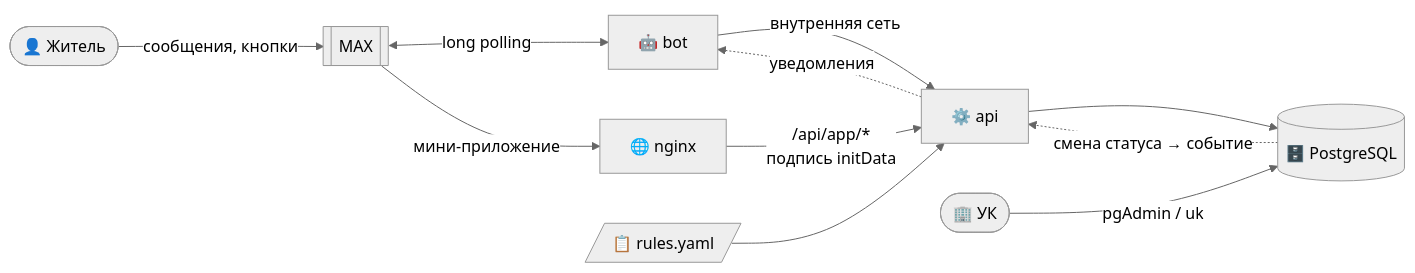
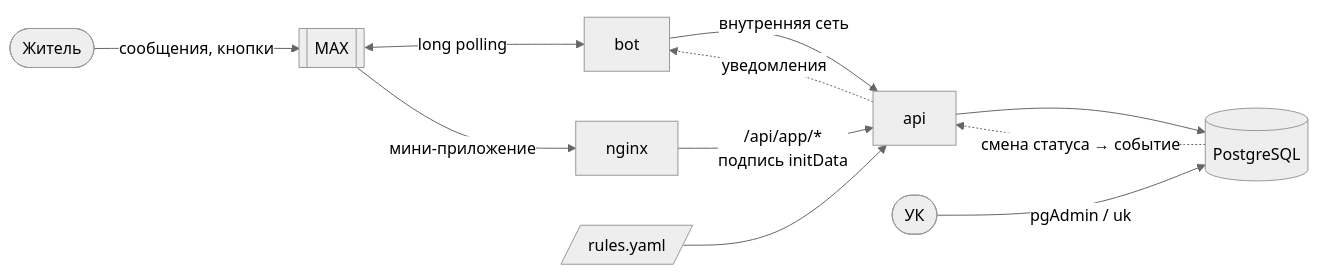
One commit to EEGRINO/magistral-dispatcher-max changed the diagram in README.md. Above: the diagram before and after it, drawn with Mermaid (neutral theme). The commit also changed other lines of this file, not shown here.

````diff
--- a/README.md
+++ b/README.md
@@ -239,13 +248,13 @@
 ```mermaid
 flowchart LR
-    R([👤 Житель]) -->|сообщения, кнопки| MAX[[MAX]]
-    MAX <-->|long polling| BOT[🤖 bot]
-    MAX -->|мини-приложение| NG[🌐 nginx]
-    NG -->|/api/app/*<br/>подпись initData| API[⚙️ api]
+    R([Житель]) -->|сообщения, кнопки| MAX[[MAX]]
+    MAX <-->|long polling| BOT[bot]
+    MAX -->|мини-приложение| NG[nginx]
+    NG -->|/api/app/*<br/>подпись initData| API[api]
     BOT -->|внутренняя сеть| API
-    API --> DB[(🗄️ PostgreSQL)]
-    UK([🏢 УК]) -->|pgAdmin / uk| DB
+    API --> DB[(PostgreSQL)]
+    UK([УК]) -->|pgAdmin / uk| DB
     DB -.->|смена статуса → событие| API
     API -.->|уведомления| BOT
-    RULES[/📋 rules.yaml/] --> API
+    RULES[/rules.yaml/] --> API
 ```
````
